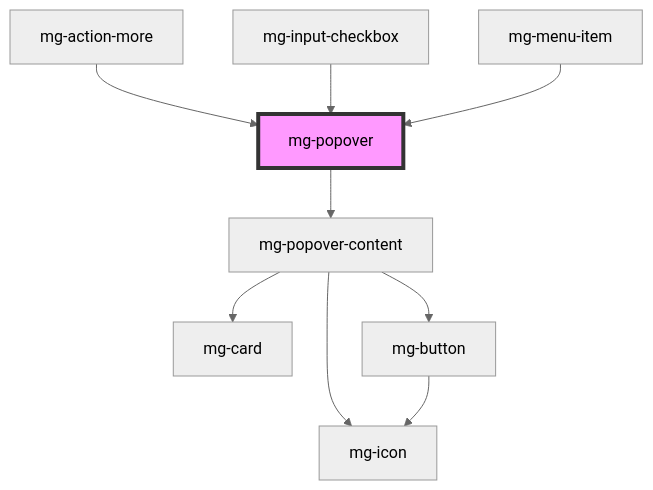
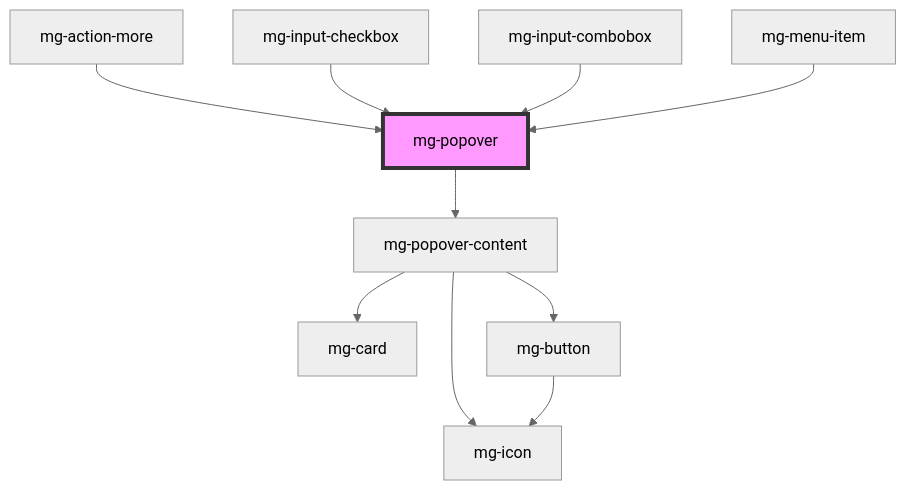
One commit to MGDIS/core-ui changed the diagram in packages/mg-components/src/components/molecules/mg-popover/readme.md. Above: the diagram before and after it, drawn with Mermaid (neutral theme). The commit also changed other lines of this file and 26 other files, not shown here.

First line of the commit message:
feat(mgInputCombobox): add component

````diff
--- a/packages/mg-components/src/components/molecules/mg-popover/readme.md
+++ b/packages/mg-components/src/components/molecules/mg-popover/readme.md
@@ -74,12 +75,13 @@
 ```mermaid
 graph TD;
   mg-popover --> mg-popover-content
   mg-popover-content --> mg-card
   mg-popover-content --> mg-button
   mg-popover-content --> mg-icon
   mg-button --> mg-icon
   mg-action-more --> mg-popover
   mg-input-checkbox --> mg-popover
+  mg-input-combobox --> mg-popover
   mg-menu-item --> mg-popover
   style mg-popover fill:#f9f,stroke:#333,stroke-width:4px
 ```
````
